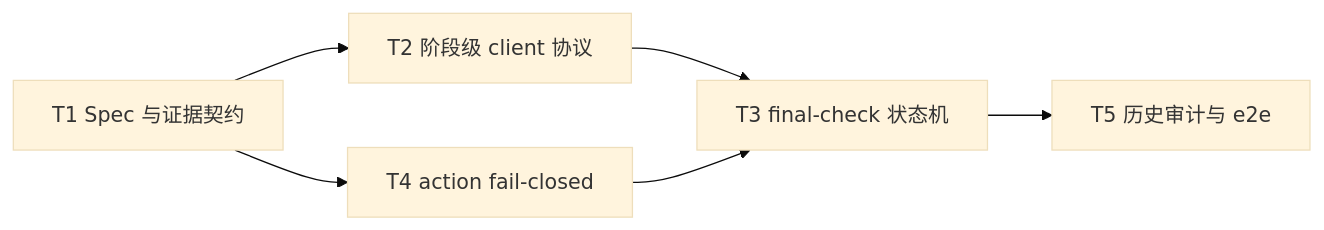
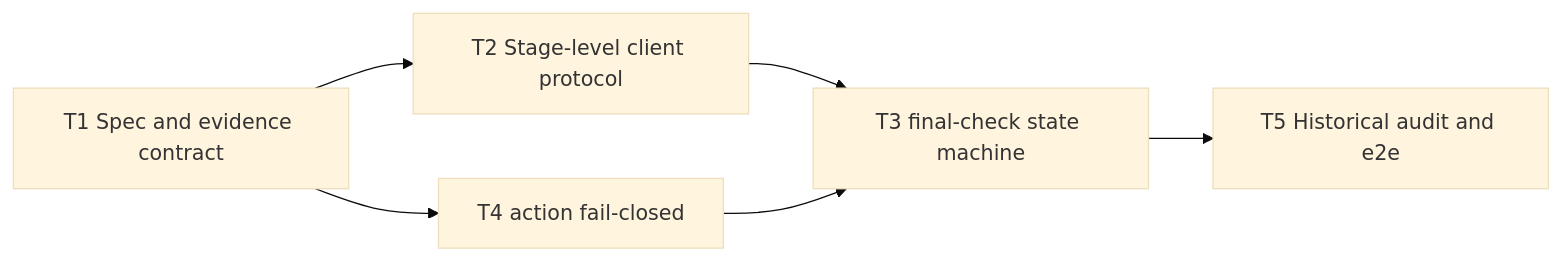
Before and after one commit to Curry09/AHE-Beta: the diagram in docs/specs/0048-user-sim-final-check-convergence.md, drawn with Mermaid (base theme). The commit also changed other lines of this file and 531 other files, not shown here.

````diff
--- a/docs/specs/0048-user-sim-final-check-convergence.md
+++ b/docs/specs/0048-user-sim-final-check-convergence.md
@@ -326,13 +326,13 @@
 ```mermaid
 graph LR
-  T1[T1 Spec 与证据契约]
-  T2[T2 阶段级 client 协议]
-  T3[T3 final-check 状态机]
+  T1[T1 Spec and evidence contract]
+  T2[T2 Stage-level client protocol]
+  T3[T3 final-check state machine]
   T4[T4 action fail-closed]
-  T5[T5 历史审计与 e2e]
+  T5[T5 Historical audit and e2e]
   T1 --> T2
   T1 --> T4
   T2 --> T3
   T4 --> T3
   T3 --> T5
 ```
````
